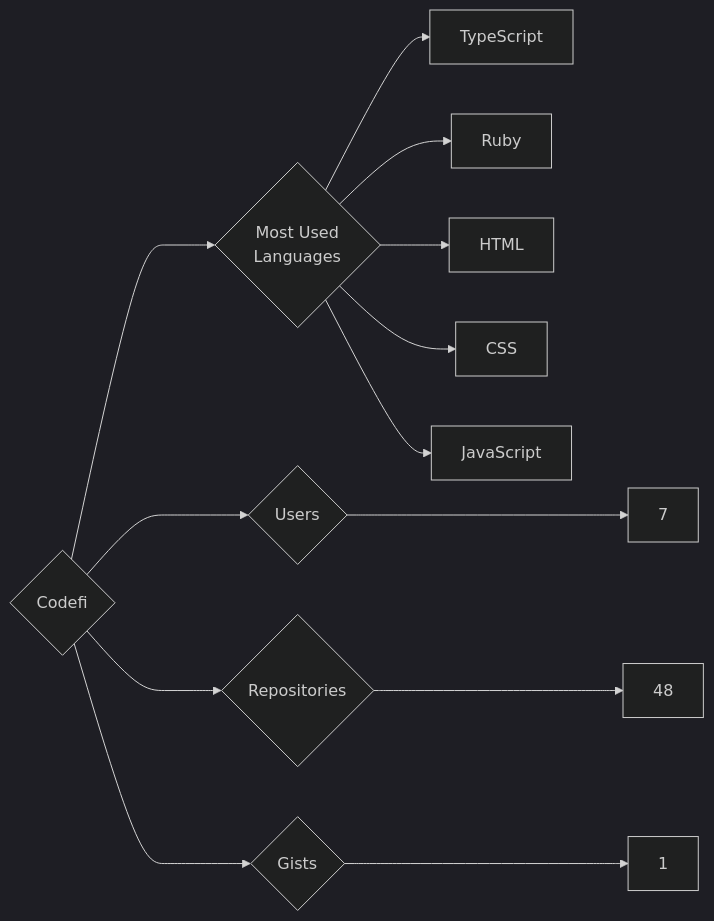
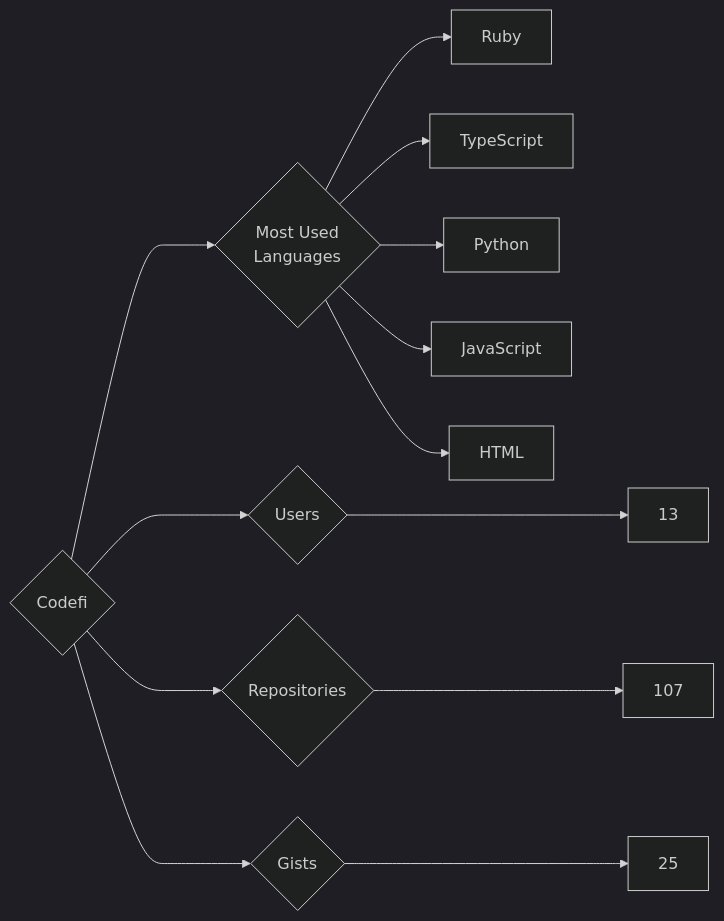
One commit to trickest/insiders changed the diagram in targets/Codefi/README.md. Above: the diagram before and after it, drawn with Mermaid (dark theme). The commit also changed 1092 other files, not shown here.

````diff
--- a/targets/Codefi/README.md
+++ b/targets/Codefi/README.md
@@ -3,13 +3,13 @@
 ```mermaid
 graph LR
 COMPANY_NAME{Codefi}
-COMPANY_NAME ---> U{Users} ---> UN[7]
-COMPANY_NAME ---> R{Repositories} ---> RN[48]
-COMPANY_NAME ---> G{Gists} ---> GN[1]
+COMPANY_NAME ---> U{Users} ---> UN[13]
+COMPANY_NAME ---> R{Repositories} ---> RN[107]
+COMPANY_NAME ---> G{Gists} ---> GN[25]
 COMPANY_NAME ---> ML{Most Used<br>Languages}
+ML --> Ruby[Ruby]
 ML --> TypeScript[TypeScript]
-ML --> Ruby[Ruby]
+ML --> Python[Python]
+ML --> JavaScript[JavaScript]
 ML --> HTML[HTML]
-ML --> CSS[CSS]
-ML --> JavaScript[JavaScript]
 ```
````
